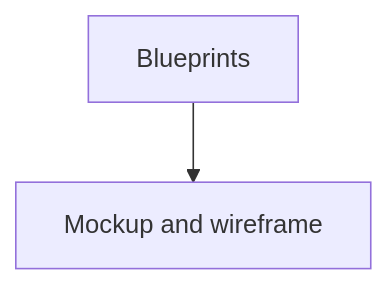
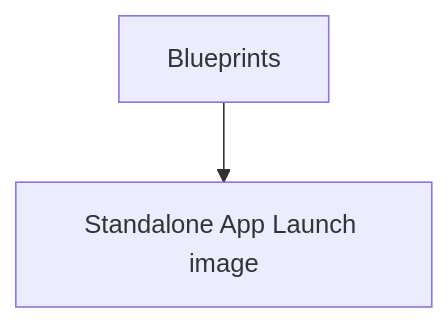
The second of 3 diagrams in docs/MOCKUPS.md (shahzebqazi/vst-ui), drawn with Mermaid before and after one commit. The commit also changed other lines of this file and 6 other files, not shown here.

First line of the commit message:
mockups: rename blueprint menu to Standalone App Launch image

````diff
--- a/docs/MOCKUPS.md
+++ b/docs/MOCKUPS.md
@@ -16,6 +16,6 @@
 ```mermaid
 flowchart TB
   blueprints[Blueprints]
-  b1[Mockup and wireframe]
+  b1[Standalone App Launch image]
   blueprints --> b1
 ```
````
